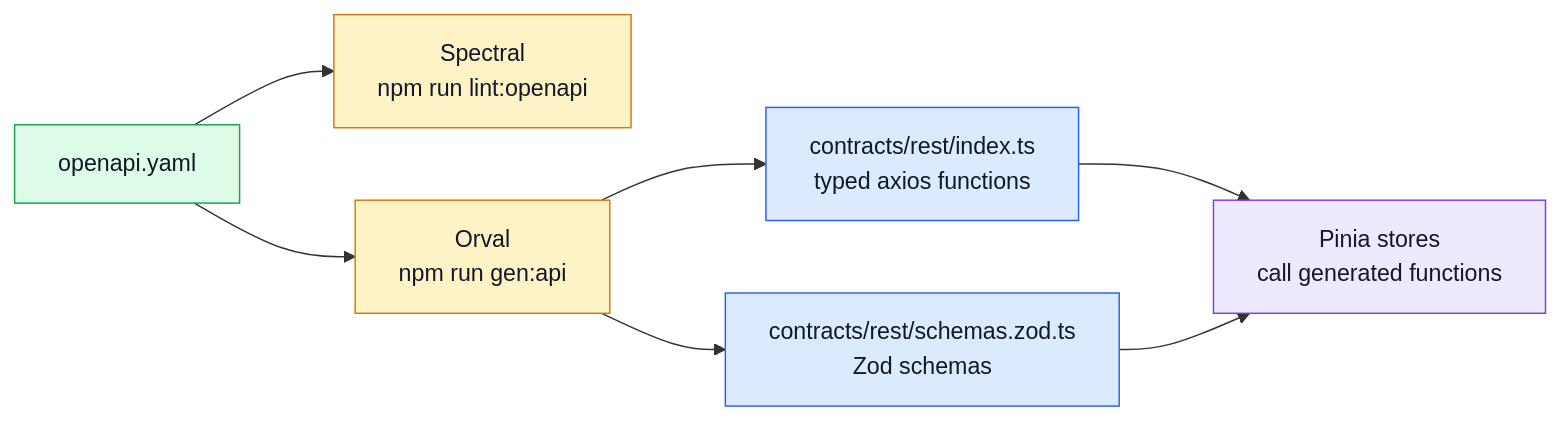
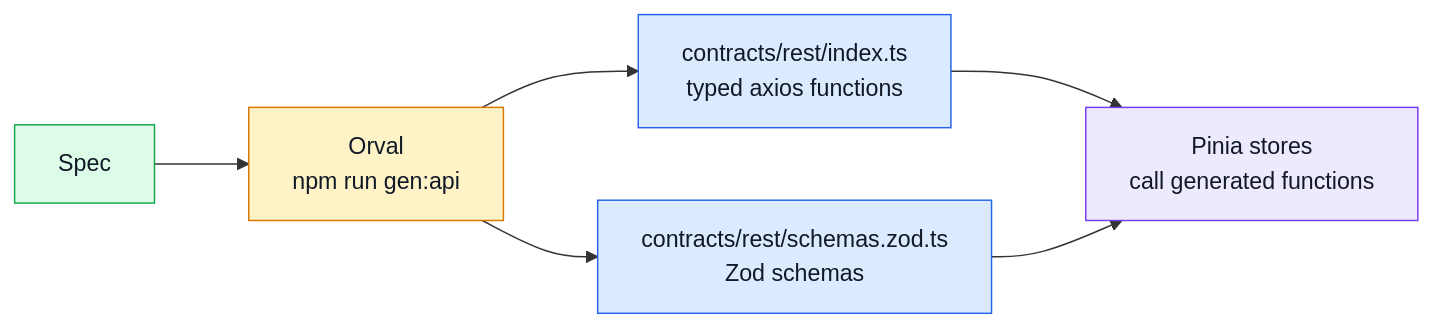
The diagram in docs/api/index.md (Guebbit/boilerplate-vue-frontend), drawn with Mermaid before and after one commit. The commit also changed other lines of this file and 13 other files, not shown here.

````diff
--- a/docs/api/index.md
+++ b/docs/api/index.md
@@ -7,19 +7,18 @@
 ```mermaid
 %%{init: {'flowchart': {'nodeSpacing': 50, 'rankSpacing': 65}}}%%
 flowchart LR
-    Spec[openapi.yaml] --> Lint[Spectral\nnpm run lint:openapi]
     Spec --> Generate[Orval\nnpm run gen:api]
     Generate --> Client[contracts/rest/index.ts\ntyped axios functions]
     Generate --> Schemas[contracts/rest/schemas.zod.ts\nZod schemas]
     Client --> Stores[Pinia stores\ncall generated functions]
     Schemas --> Stores
 
     classDef contract fill:#dcfce7,stroke:#16a34a,color:#111827;
     classDef tooling fill:#fef3c7,stroke:#d97706,color:#111827;
     classDef generated fill:#dbeafe,stroke:#2563eb,color:#111827;
     classDef app fill:#ede9fe,stroke:#7c3aed,color:#111827;
     class Spec contract;
-    class Lint,Generate tooling;
+    class Generate tooling;
     class Client,Schemas generated;
     class Stores app;
 ```
````
